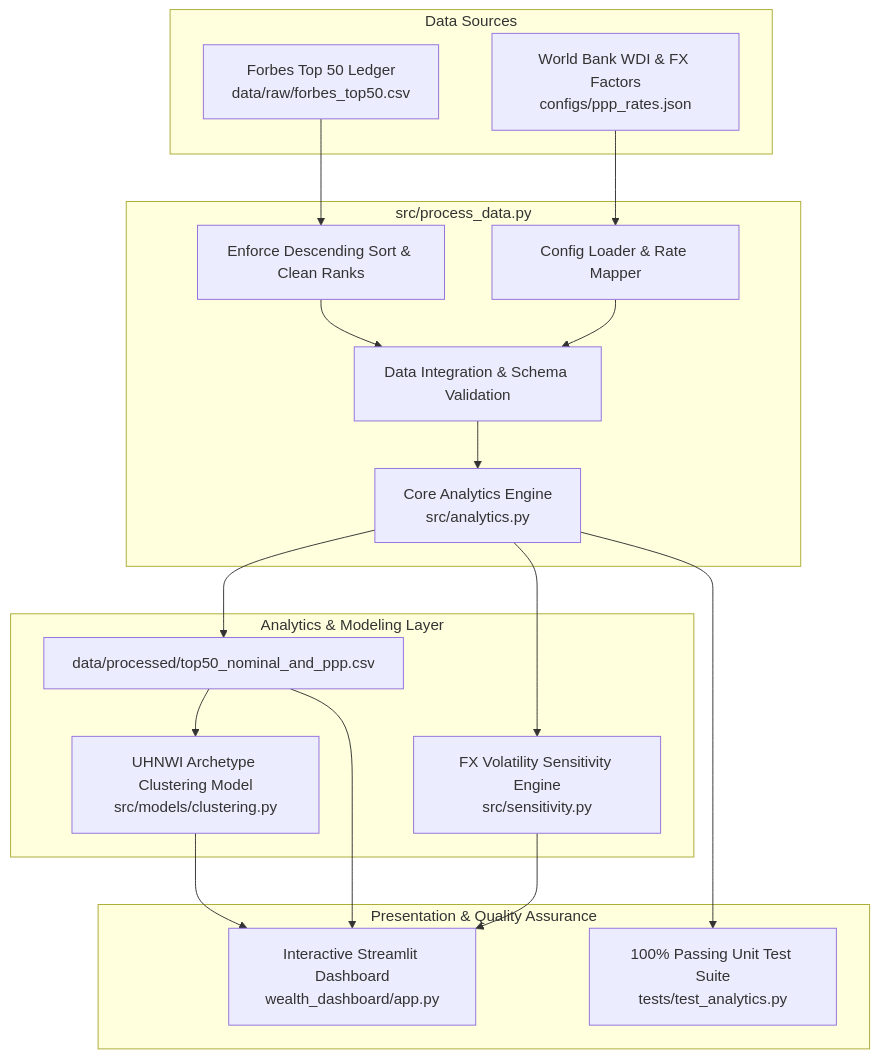
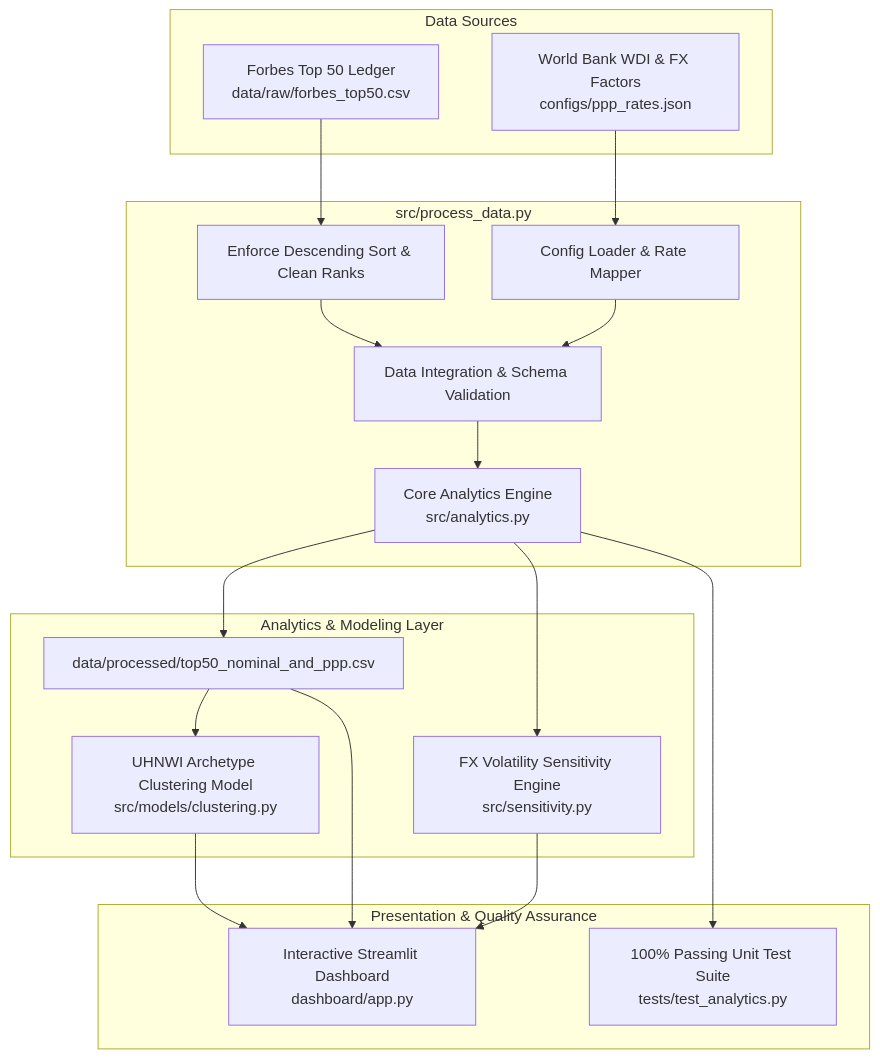
The diagram in README.md (DKS-MANAGER/realrich_PPP), drawn with Mermaid before and after one commit. The commit also changed other lines of this file, not shown here.

````diff
--- a/README.md
+++ b/README.md
@@ -55,28 +56,28 @@
 ```mermaid
 flowchart TD
     subgraph Data Sources
         A[Forbes Top 50 Ledger<br/>data/raw/forbes_top50.csv]
         B[World Bank WDI & FX Factors<br/>configs/ppp_rates.json]
     end
 
     subgraph Data Processing Pipeline [src/process_data.py]
         A --> C[Enforce Descending Sort & Clean Ranks]
         B --> D[Config Loader & Rate Mapper]
         C --> E[Data Integration & Schema Validation]
         D --> E
         E --> F[Core Analytics Engine<br/>src/analytics.py]
     end
 
     subgraph Analytics & Modeling Layer
         F --> G[data/processed/top50_nominal_and_ppp.csv]
         F --> H[FX Volatility Sensitivity Engine<br/>src/sensitivity.py]
         G --> I[UHNWI Archetype Clustering Model<br/>src/models/clustering.py]
     end
 
     subgraph Presentation & Quality Assurance
-        G --> J[Interactive Streamlit Dashboard<br/>wealth_dashboard/app.py]
+        G --> J[Interactive Streamlit Dashboard<br/>dashboard/app.py]
         H --> J
         I --> J
         F --> K[100% Passing Unit Test Suite<br/>tests/test_analytics.py]
     end
 ```
````
